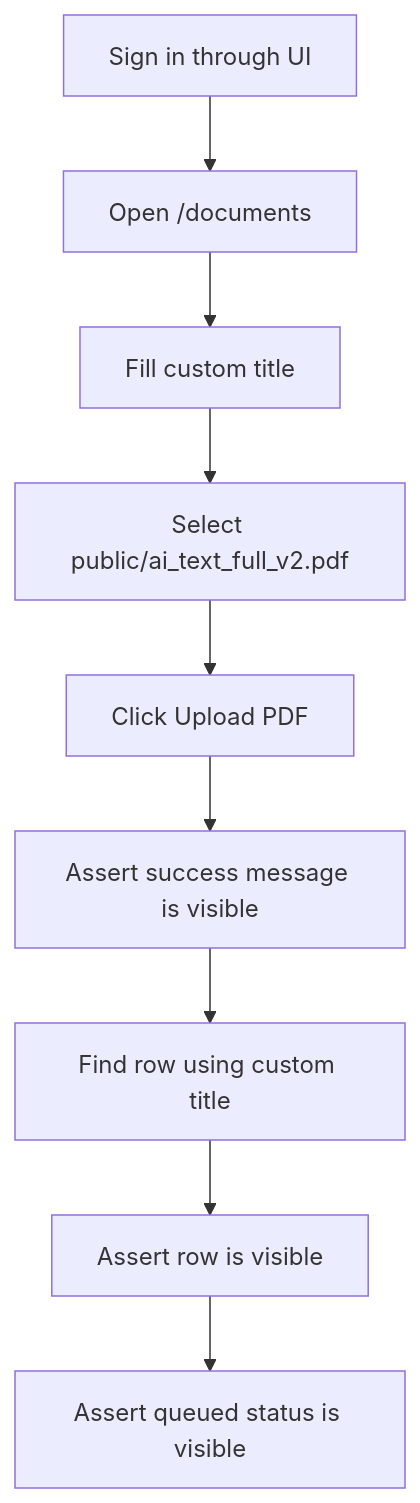
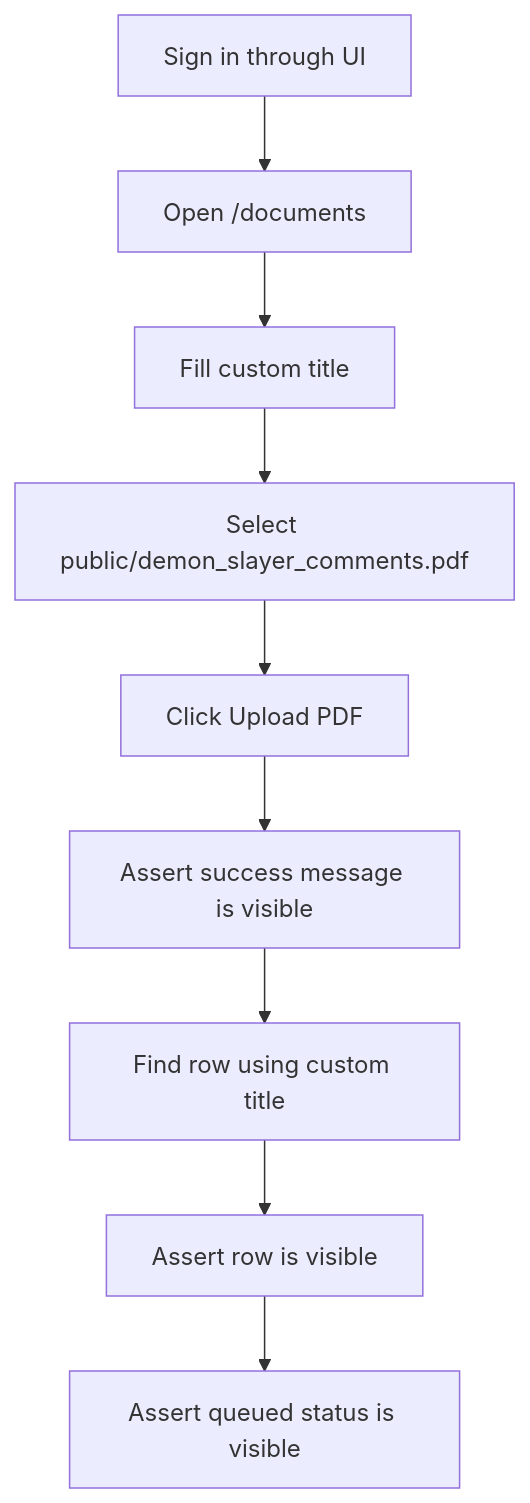
One commit to ViniciusSilva011/doc-llm changed the sixth of 7 diagrams in tests/e2e/README.md. Above: the diagram before and after it, drawn with Mermaid. The commit also changed 13 other files, not shown here.

````diff
--- a/tests/e2e/README.md
+++ b/tests/e2e/README.md
@@ -69,11 +69,11 @@
 ```mermaid
 flowchart TD
     A["Sign in through UI"] --> B["Open /documents"]
     B --> C["Fill custom title"]
-    C --> D["Select public/ai_text_full_v2.pdf"]
+    C --> D["Select public/demon_slayer_comments.pdf"]
     D --> E["Click Upload PDF"]
     E --> F["Assert success message is visible"]
     F --> G["Find row using custom title"]
     G --> H["Assert row is visible"]
     H --> I["Assert queued status is visible"]
 ```
````
